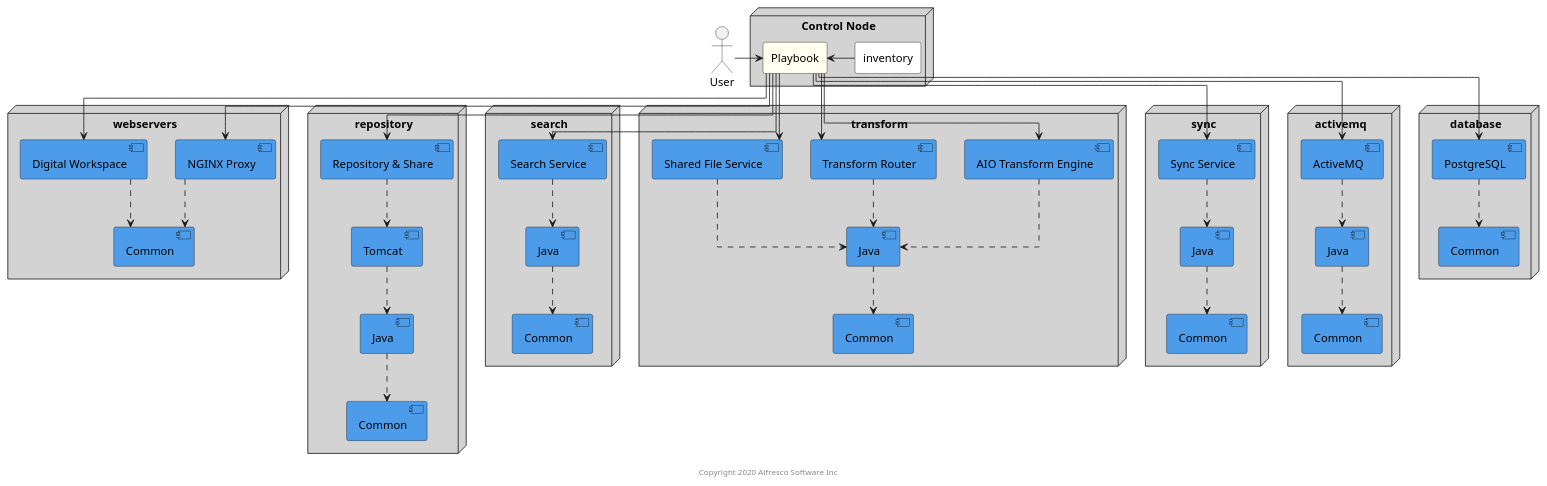
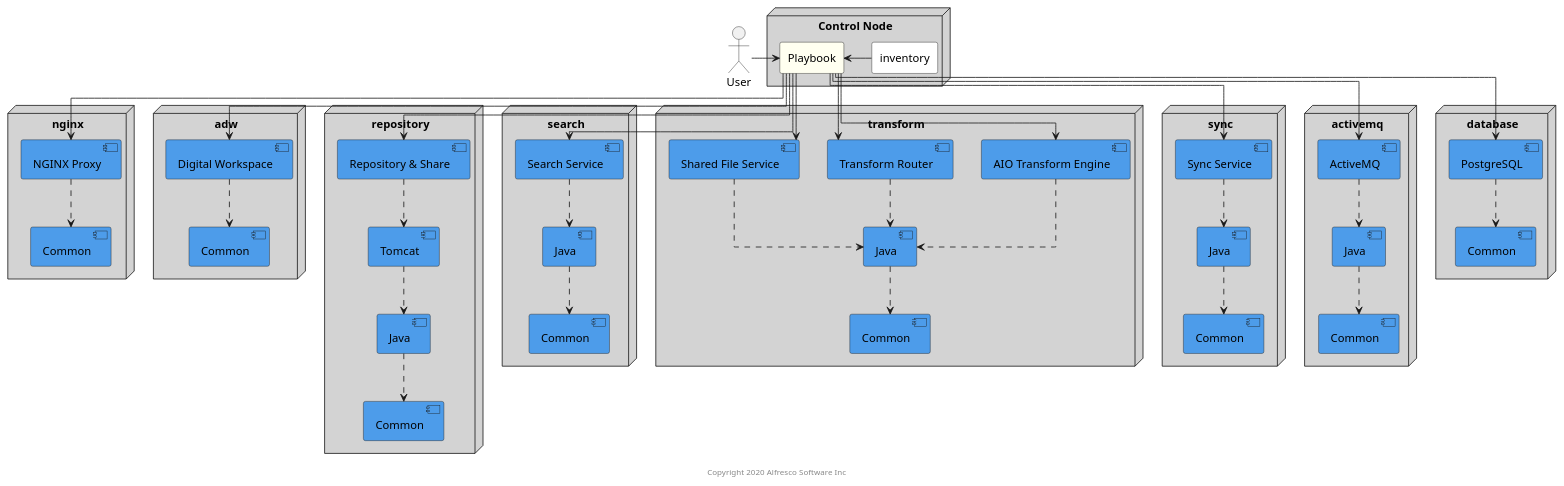
The diagram in docs/resources/acs-multi-machine.puml (Alfresco/alfresco-ansible-deployment), drawn with PlantUML before and after one commit. The commit also changed 8 other files, not shown here.

Commit message:
Rename "webservers" group to "nginx"

```diff
--- a/docs/resources/acs-multi-machine.puml
+++ b/docs/resources/acs-multi-machine.puml
@@ -1,92 +1,96 @@
 @startuml acs-multi-machine
 
 skinparam componentStyle uml2
 skinparam linetype ortho
 
 actor User
 
 node "Control Node" as "control" #LightGrey {
     rectangle "Playbook" as playbook #Ivory
 
     rectangle "inventory" #White
 }
 
-node "webservers" as ingressnode #lightgrey {
+node "nginx" as nginxnode #lightgrey {
     component "NGINX Proxy" as proxy #4d9cea
+    component "Common" as nginxcommon #4d9cea
+}
+
+node "adw" as adwnode #lightgrey {
     component "Digital Workspace" as adw #4d9cea
-    component "Common" as webserverscommon #4d9cea
+    component "Common" as adwcommon #4d9cea
 }
 
 node "repository" as reponode #lightgrey {
     component "Repository & Share" as repo #4d9cea
     component "Tomcat" as tomcat  #4d9cea
     component "Java" as repojava #4d9cea
     component "Common" as repocommon #4d9cea
 }
 
 node "search" as searchnode #lightgrey {
     component "Search Service" as search #4d9cea
     component "Java" as searchjava #4d9cea
     component "Common" as searchcommon #4d9cea
 }
 
 node "transform" as transformnode #lightgrey {
     component "AIO Transform Engine" as tengine #4d9cea
     component "Transform Router" as trouter #4d9cea
     component "Shared File Service" as sfs #4d9cea
     component "Java" as transformjava #4d9cea
     component "Common" as transformcommon #4d9cea
 }
 
 node "sync" as syncnode #lightgrey {
     component "Sync Service" as sync #4d9cea
     component "Java" as syncjava #4d9cea
     component "Common" as synccommon #4d9cea
 }
 
 node "activemq" as amqnode #lightgrey {
     component "ActiveMQ" as amq #4d9cea
     component "Java" as amqjava #4d9cea
     component "Common" as amqcommon #4d9cea
 }
 
 node "database" as dbnode #lightgrey {
     component "PostgreSQL" as psql #4d9cea
     component "Common" as dbcommon #4d9cea
 }
 
 User -> playbook
 playbook <- inventory
 
 playbook -down-> psql
 playbook -down-> amq
 playbook -down-> tengine
 playbook -down-> search
 playbook -down-> repo
 playbook -down-> trouter
 playbook -down-> sfs
 playbook -down-> sync
 playbook -down-> proxy
 playbook -down-> adw
 
 amq .down.> amqjava
-adw .down.> webserverscommon
-proxy .down.> webserverscommon
+adw .down.> adwcommon
+proxy .down.> nginxcommon
 psql .down.> dbcommon
 repo .down.> tomcat
 search .down.> searchjava
 sfs .down.> transformjava
 sync .down.> syncjava
 tomcat .down.> repojava
 tengine .down.> transformjava
 trouter .down.> transformjava
 
 amqjava .down.> amqcommon
 searchjava .down.> searchcommon
 transformjava .down.> transformcommon
 syncjava .down.> synccommon
 repojava .down.> repocommon
 
 center footer Copyright 2020 Alfresco Software Inc
 
 @enduml
```
